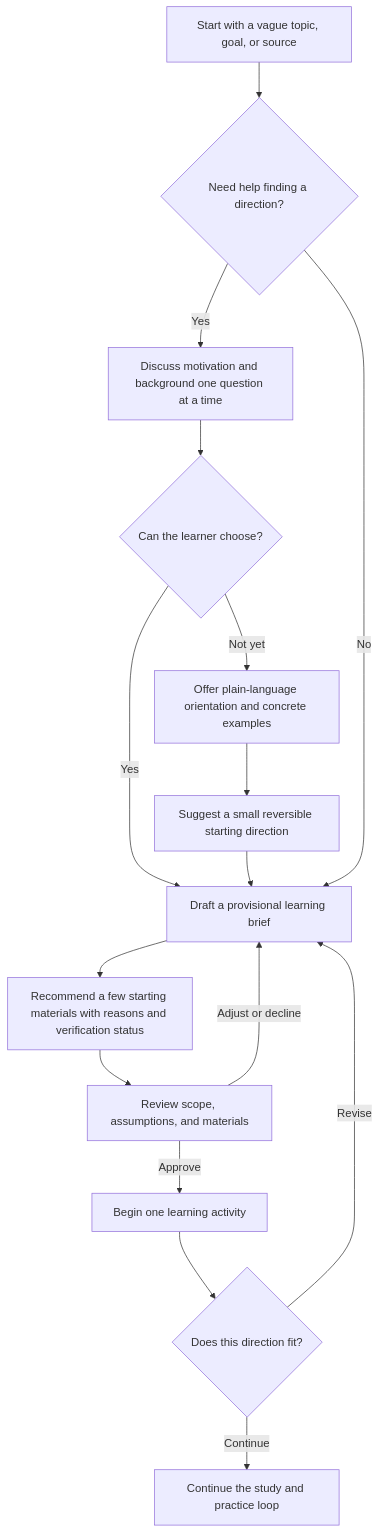
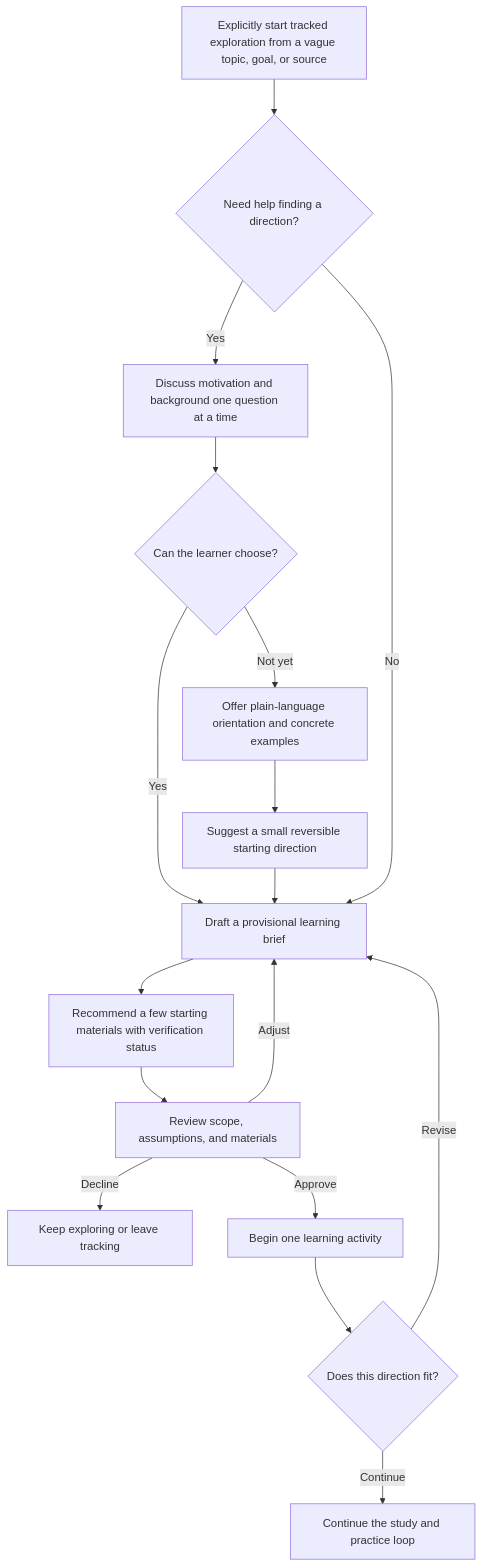
The second of 3 diagrams in docs/user-flows.md (irfansofyana/hermes-learning), drawn with Mermaid before and after one commit. The commit also changed other lines of this file and 6 other files, not shown here.

````diff
--- a/docs/user-flows.md
+++ b/docs/user-flows.md
@@ -7,18 +27,19 @@
 ```mermaid
 flowchart TD
-    A[Start with a vague topic, goal, or source] --> B{Need help finding a direction?}
+    A[Explicitly start tracked exploration from a vague topic, goal, or source] --> B{Need help finding a direction?}
     B -->|Yes| C[Discuss motivation and background one question at a time]
     C --> D{Can the learner choose?}
     D -->|Not yet| E[Offer plain-language orientation and concrete examples]
     E --> F[Suggest a small reversible starting direction]
     D -->|Yes| G[Draft a provisional learning brief]
     F --> G
     B -->|No| G
-    G --> H[Recommend a few starting materials with reasons and verification status]
+    G --> H[Recommend a few starting materials with verification status]
     H --> I[Review scope, assumptions, and materials]
-    I -->|Adjust or decline| G
+    I -->|Adjust| G
+    I -->|Decline| M[Keep exploring or leave tracking]
     I -->|Approve| J[Begin one learning activity]
     J --> K{Does this direction fit?}
     K -->|Revise| G
     K -->|Continue| L[Continue the study and practice loop]
 ```
````
